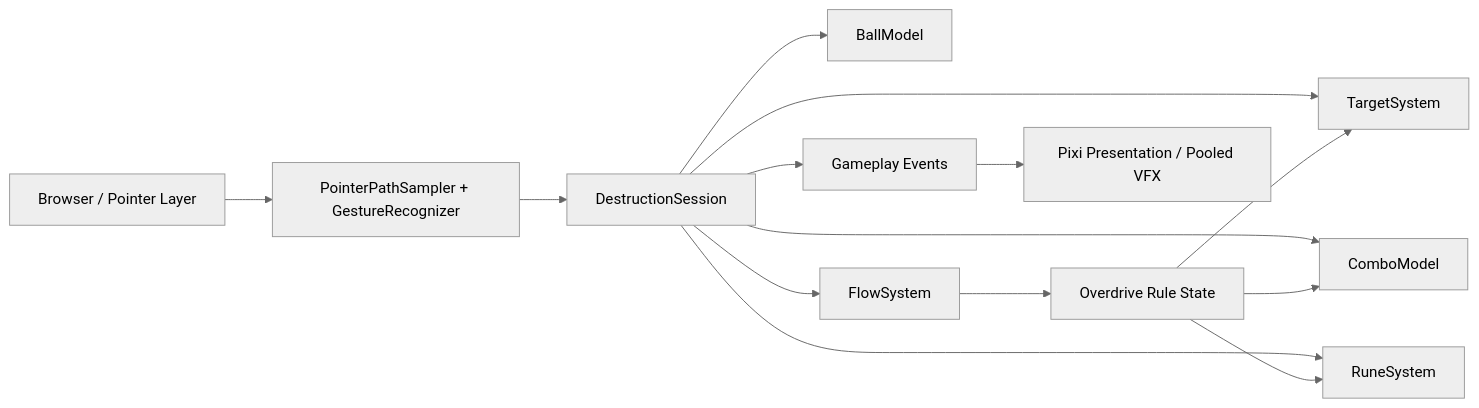
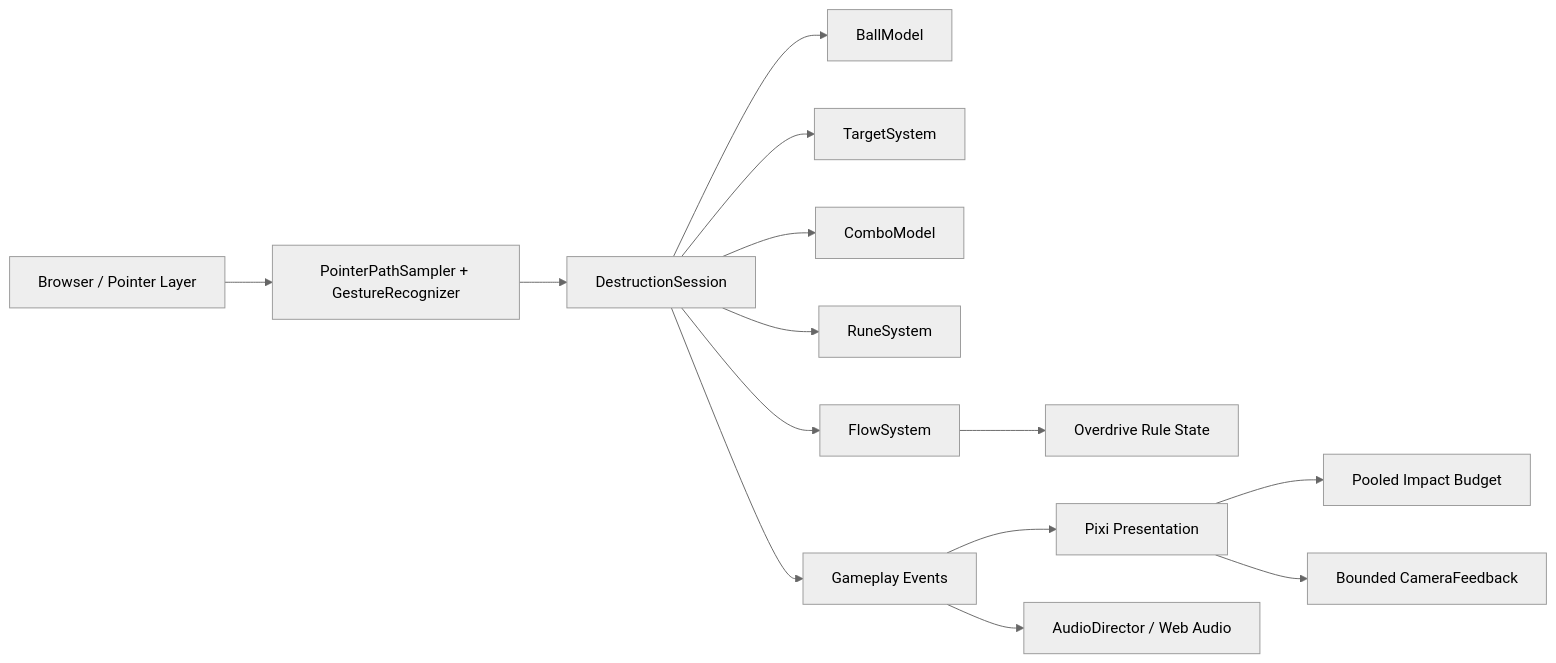
Before and after one commit to zeroLR/2D-game-playground: the diagram in rune-ball/README.md, drawn with Mermaid (neutral theme). The commit also changed other lines of this file, not shown here.

````diff
--- a/rune-ball/README.md
+++ b/rune-ball/README.md
@@ -39,16 +42,16 @@
 ```mermaid
 flowchart LR
   Browser[Browser / Pointer Layer] --> Gesture[PointerPathSampler + GestureRecognizer]
   Gesture --> Session[DestructionSession]
   Session --> Ball[BallModel]
   Session --> Targets[TargetSystem]
   Session --> Combo[ComboModel]
   Session --> Runes[RuneSystem]
   Session --> Flow[FlowSystem]
   Flow --> OD[Overdrive Rule State]
-  OD --> Targets
-  OD --> Combo
-  OD --> Runes
   Session --> Events[Gameplay Events]
-  Events --> Scene[Pixi Presentation / Pooled VFX]
+  Events --> Scene[Pixi Presentation]
+  Events --> Audio[AudioDirector / Web Audio]
+  Scene --> Pool[Pooled Impact Budget]
+  Scene --> Camera[Bounded CameraFeedback]
 ```
````
